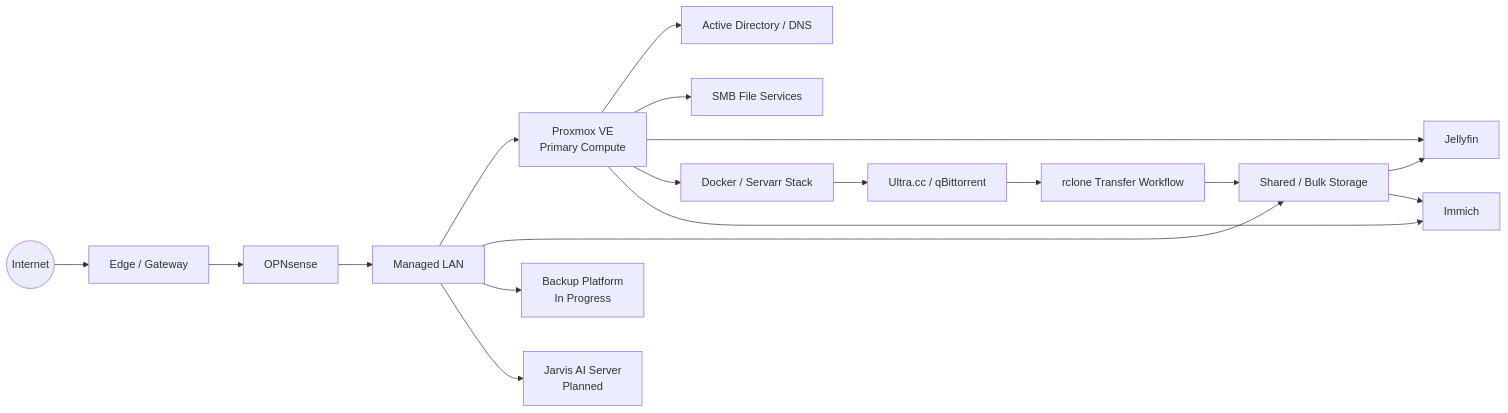
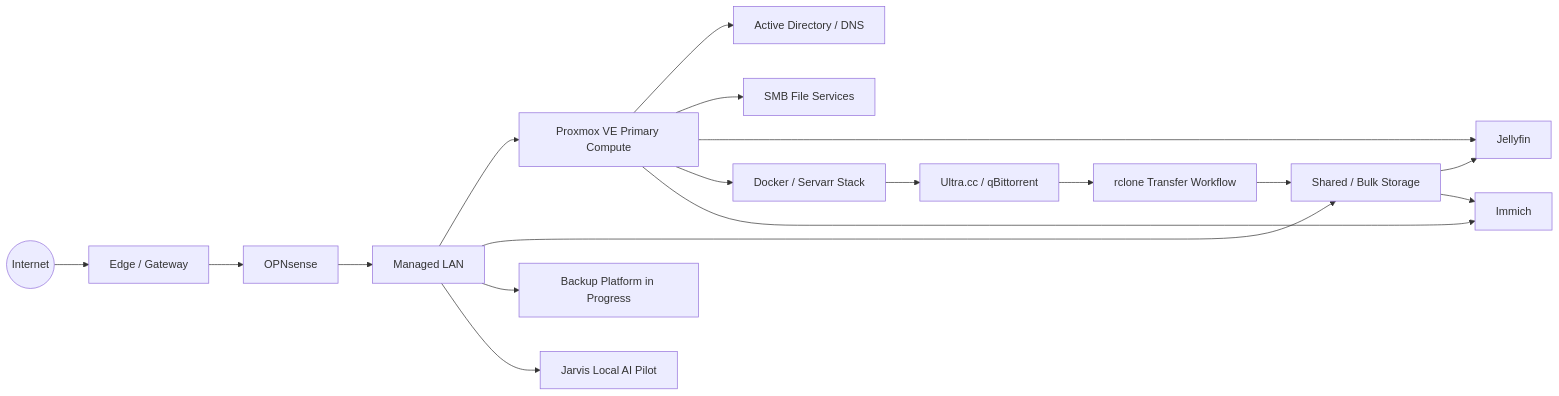
One commit to GamesR2Fun/Home-lab-public changed the first of 2 diagrams in README.md. Above: the diagram before and after it, drawn with Mermaid. The commit also changed other lines of this file and 4 other files, not shown here.

````diff
--- a/README.md
+++ b/README.md
@@ -66,23 +66,23 @@
 ```mermaid
 flowchart LR
     Internet((Internet)) --> Edge[Edge / Gateway]
     Edge --> Firewall[OPNsense]
     Firewall --> LAN[Managed LAN]
 
-    LAN --> PVE[Proxmox VE\nPrimary Compute]
+    LAN --> PVE[Proxmox VE Primary Compute]
     LAN --> Storage[Shared / Bulk Storage]
-    LAN --> Backup[Backup Platform\nIn Progress]
-    LAN --> AI[Jarvis AI Server\nPlanned]
+    LAN --> Backup[Backup Platform in Progress]
+    LAN --> AI[Jarvis Local AI Pilot]
 
     PVE --> AD[Active Directory / DNS]
     PVE --> Files[SMB File Services]
     PVE --> Jellyfin[Jellyfin]
     PVE --> Servarr[Docker / Servarr Stack]
     PVE --> Immich[Immich]
 
     Servarr --> Ultra[Ultra.cc / qBittorrent]
     Ultra --> Transfer[rclone Transfer Workflow]
     Transfer --> Storage
     Storage --> Jellyfin
     Storage --> Immich
 ```
````
